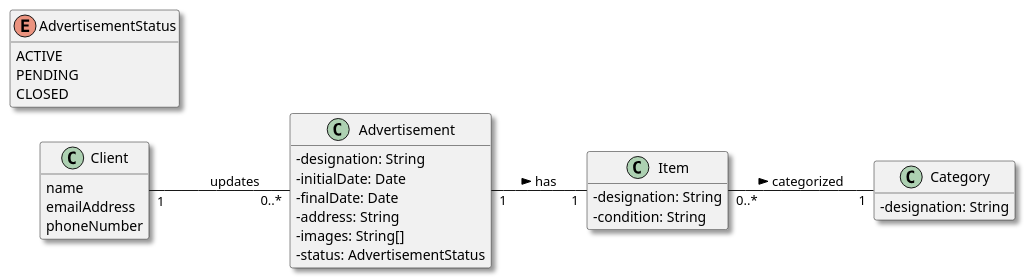
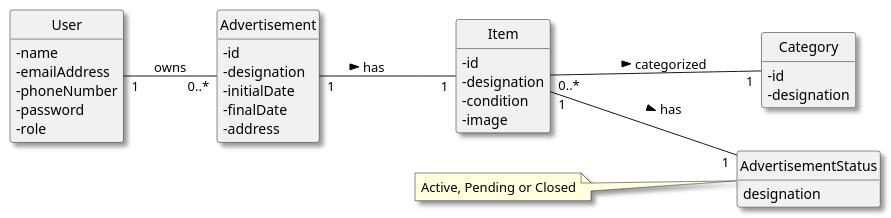
Before and after one commit to vivianeaalmeida/ComeAndGet: the diagram in Docs/US13/02-analysis/US13-DM.puml, drawn with PlantUML. The commit also changed 7 other files, not shown here.

```diff
--- a/Docs/US13/02-analysis/US13-DM.puml
+++ b/Docs/US13/02-analysis/US13-DM.puml
@@ -1,43 +1,51 @@
 @startuml
 skinparam monochrome false
 skinparam packageStyle rectangle
 skinparam shadowing true
 left to right direction
 skinparam classAttributeIconSize 0
+hide circle
 hide methods
 
-class Client {
-    name
-    emailAddress
-    phoneNumber
+class User {
+    - name
+    - emailAddress
+    - phoneNumber
+    - password
+    - role
 }
 
 class Category {
-    - designation: String
+    - id
+    - designation
 }
 
 class Item {
-    - designation: String
-    - condition: String
+    - id
+    - designation
+    - condition
+    - image
 }
 
 class Advertisement {
-    - designation: String
-    - initialDate: Date
-    - finalDate: Date
-    - address: String
-    - images: String[]
-    - status: AdvertisementStatus
+    - id
+    - designation
+    - initialDate
+    - finalDate
+    - address
 }
 
 enum AdvertisementStatus {
-    ACTIVE
-    PENDING
-    CLOSED
+    designation
 }
 
+note left of AdvertisementStatus
+Active, Pending or Closed
+endnote
+
 ' --- Associações ---
-Client "1" -- "0..*" Advertisement : updates
+User "1" -- "0..*" Advertisement : owns
 Advertisement "1" -- "1" Item : has >
 Item "0..*" -- "1" Category: categorized >
+Item "1" -- "1" AdvertisementStatus: has >
 @enduml
```
